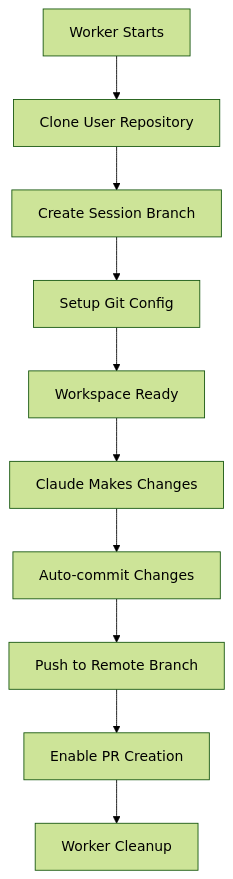
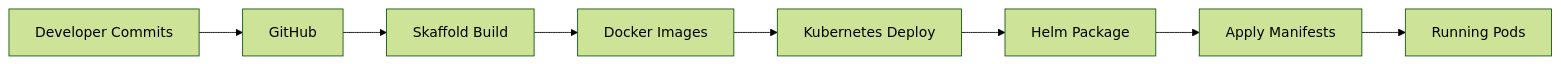
Before and after one commit to buremba/claude-code-slack: the eighth of 8 diagrams in ARCHITECTURE.md, drawn with Mermaid (forest theme). The commit also changed other lines of this file and 2 other files, not shown here.

First line of the commit message:
docs: Revise architecture documentation and remove outdated file

````diff
--- a/ARCHITECTURE.md
+++ b/ARCHITECTURE.md
@@ -186,12 +401,10 @@
 ```mermaid
-flowchart TD
-    START[Worker Starts] --> CLONE[Clone User Repository]
-    CLONE --> BRANCH[Create Session Branch]
-    BRANCH --> SETUP[Setup Git Config]
-    SETUP --> READY[Workspace Ready]
-    READY --> CHANGES[Claude Makes Changes]
-    CHANGES --> COMMIT[Auto-commit Changes]
-    COMMIT --> PUSH[Push to Remote Branch]
-    PUSH --> PR[Enable PR Creation]
-    PR --> CLEANUP[Worker Cleanup]
+graph LR
+    DC[Developer Commits] --> GH[GitHub]
+    GH --> SK[Skaffold Build]
+    SK --> DI[Docker Images]
+    DI --> K8S[Kubernetes Deploy]
+    K8S --> HP[Helm Package]
+    HP --> KA[Apply Manifests]
+    KA --> PODS[Running Pods]
 ```
````
